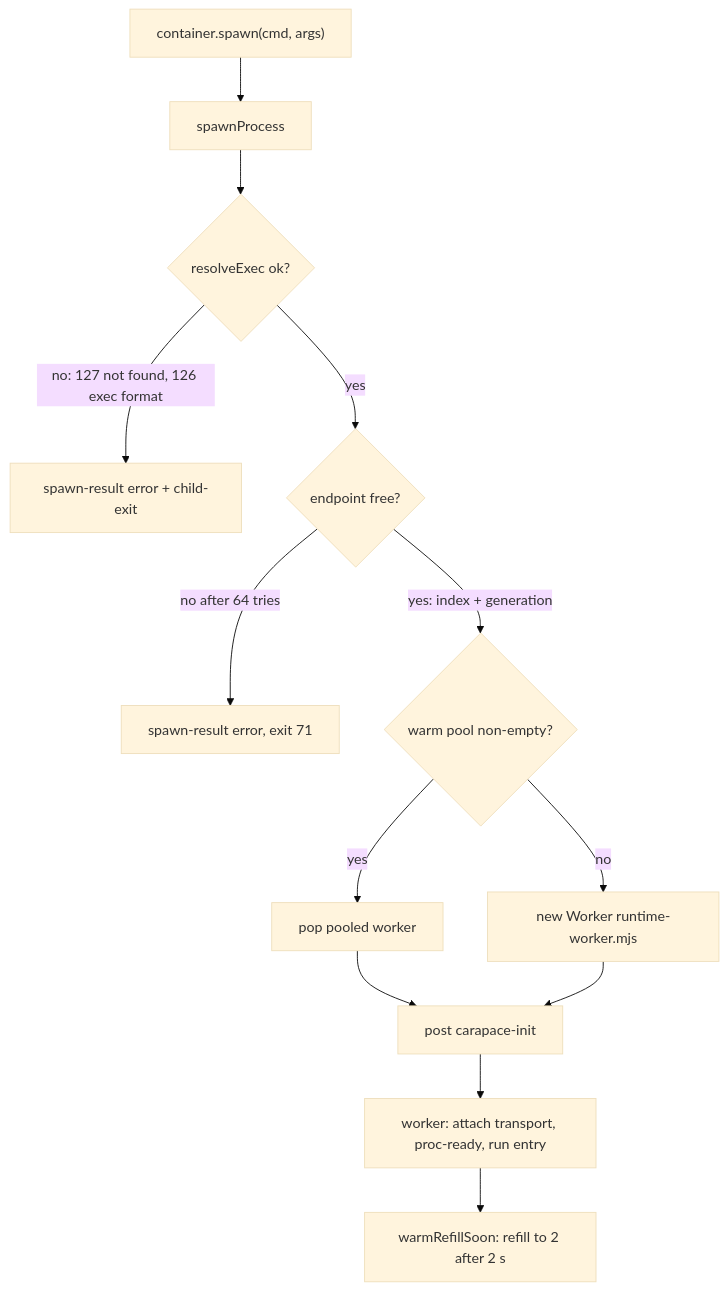
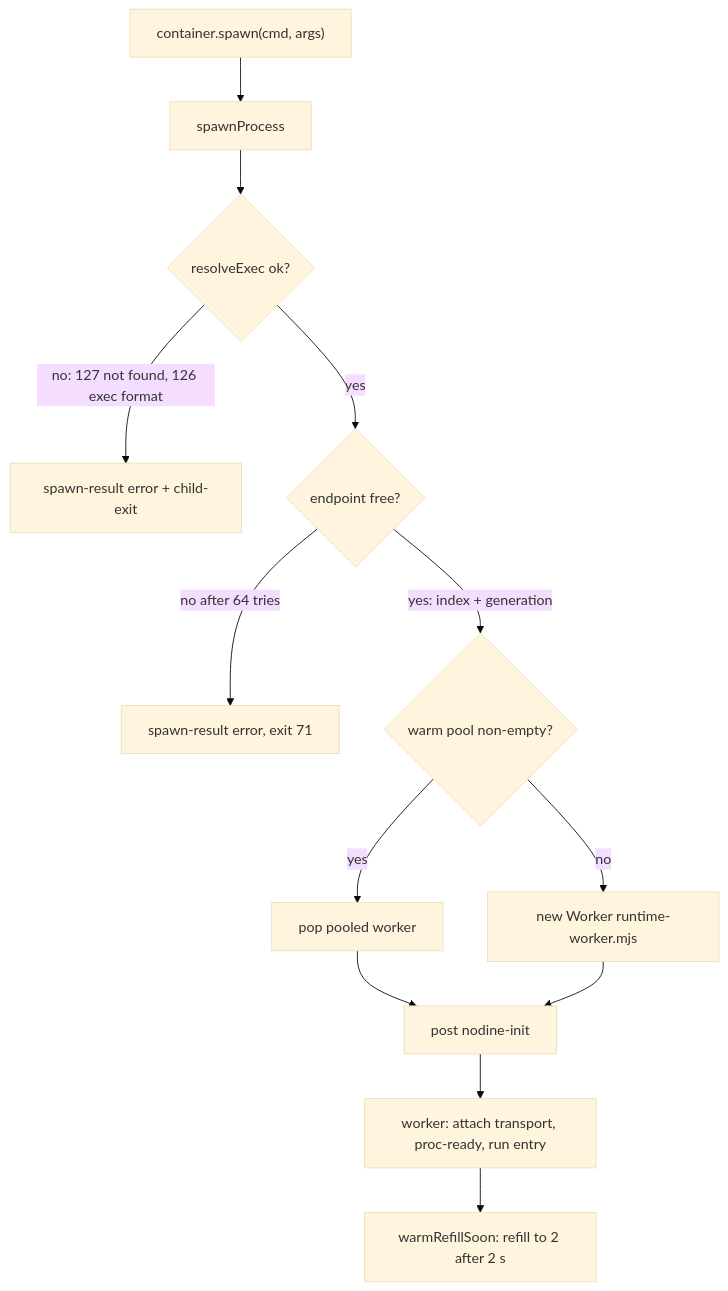
One commit to Amplytic-Labs/nodine changed the second of 2 diagrams in docs/boot-flow.md. Above: the diagram before and after it, drawn with Mermaid (base theme). The commit also changed other lines of this file and 43 other files, not shown here.

First line of the commit message:
rename: complete the Nodine rebrand — remove every carapace/opencontainer/webcontainer reference

````diff
--- a/docs/boot-flow.md
+++ b/docs/boot-flow.md
@@ -418,15 +418,15 @@
 ```mermaid
 flowchart TD
     A["container.spawn(cmd, args)"] --> B["spawnProcess"]
     B --> C{"resolveExec ok?"}
     C -- "no: 127 not found, 126 exec format" --> X["spawn-result error + child-exit"]
     C -- "yes" --> D{"endpoint free?"}
     D -- "no after 64 tries" --> Y["spawn-result error, exit 71"]
     D -- "yes: index + generation" --> E{"warm pool non-empty?"}
     E -- "yes" --> F["pop pooled worker"]
     E -- "no" --> G["new Worker runtime-worker.mjs"]
-    F --> H["post carapace-init"]
+    F --> H["post nodine-init"]
     G --> H
     H --> I["worker: attach transport, proc-ready, run entry"]
     I --> J["warmRefillSoon: refill to 2 after 2 s"]
 ```
````
